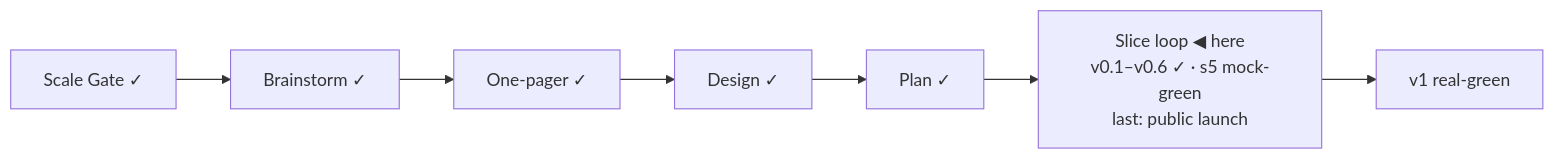
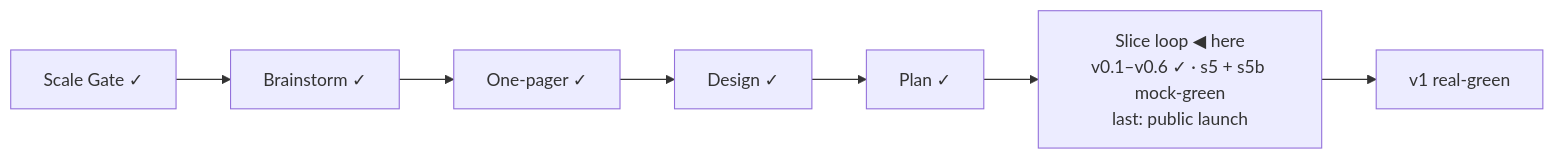
Before and after one commit to OytunOnal/permit-rulebook: the diagram in STATUS.md, drawn with Mermaid. The commit also changed other lines of this file and 6 other files, not shown here.

````diff
--- a/STATUS.md
+++ b/STATUS.md
@@ -7,6 +7,6 @@
 ```mermaid
 flowchart LR
     A[Scale Gate ✓] --> B[Brainstorm ✓] --> C[One-pager ✓] --> D[Design ✓] --> E[Plan ✓]
-    E --> F["Slice loop ◀ here<br/>v0.1–v0.6 ✓ · s5 mock-green<br/>last: public launch"]
+    E --> F["Slice loop ◀ here<br/>v0.1–v0.6 ✓ · s5 + s5b mock-green<br/>last: public launch"]
     F --> G[v1 real-green]
 ```
````
